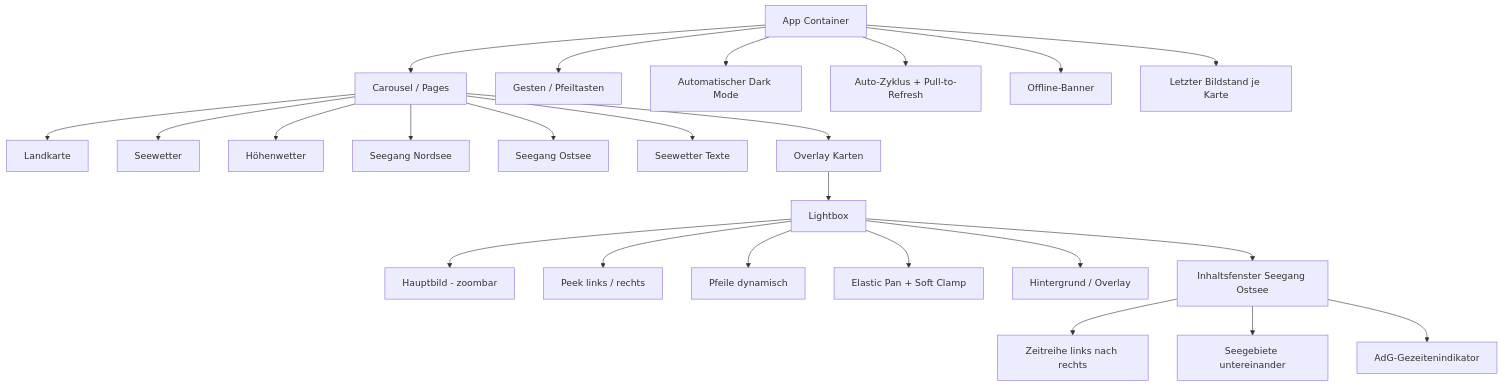
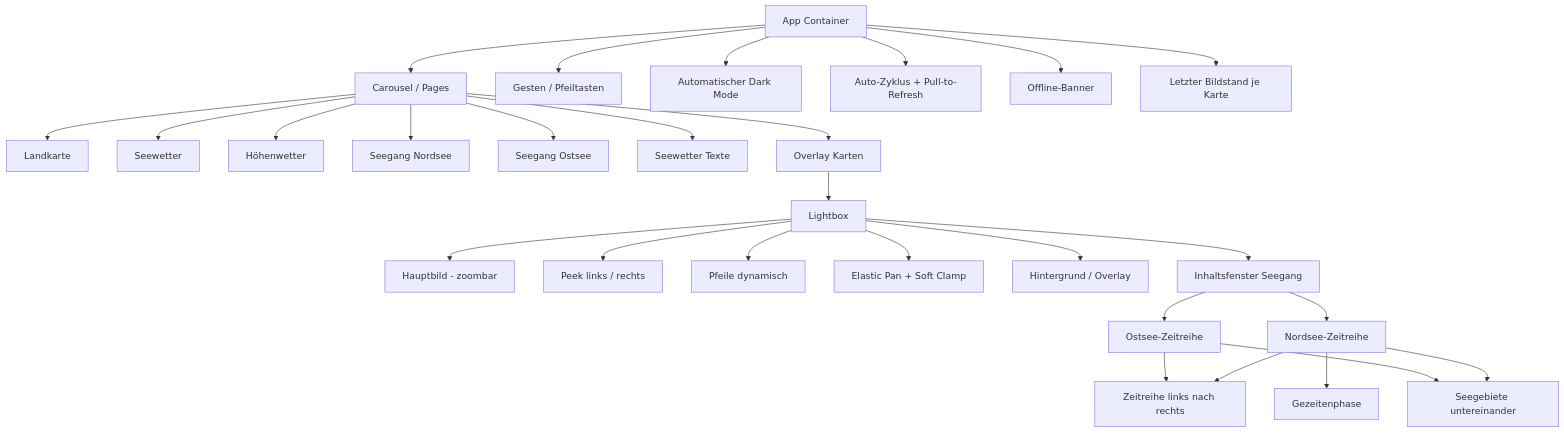
The diagram in docs/UI-Struktur.md (w465jt7pm9-cpu/dwd-dashboard), drawn with Mermaid before and after one commit. The commit also changed other lines of this file and 9 other files, not shown here.

````diff
--- a/docs/UI-Struktur.md
+++ b/docs/UI-Struktur.md
@@ -16,26 +16,30 @@
 ```mermaid
 flowchart TD
   App[App Container] --> Pages[Carousel / Pages]
   Pages --> Land[Landkarte]
   Pages --> See[Seewetter]
   Pages --> Hoehenwetter[Höhenwetter]
   Pages --> Nordsee[Seegang Nordsee]
   Pages --> Ostsee[Seegang Ostsee]
   Pages --> Texte[Seewetter Texte]
   Pages --> Cards[Overlay Karten]
   Cards --> Lightbox[Lightbox]
   Lightbox --> Image[Hauptbild - zoombar]
   Lightbox --> Peek[Peek links / rechts]
   Lightbox --> Arrows[Pfeile dynamisch]
   Lightbox --> Elastic[Elastic Pan + Soft Clamp]
   Lightbox --> Overlay[Hintergrund / Overlay]
-  Lightbox --> OstseeWindow[Inhaltsfenster Seegang Ostsee]
-  OstseeWindow --> Meteogram[Zeitreihe links nach rechts]
-  OstseeWindow --> Areas[Seegebiete untereinander]
-  OstseeWindow --> Tide[AdG-Gezeitenindikator]
+  Lightbox --> SeaWindow[Inhaltsfenster Seegang]
+  SeaWindow --> NordseeWindow[Nordsee-Zeitreihe]
+  SeaWindow --> OstseeWindow[Ostsee-Zeitreihe]
+  NordseeWindow --> Meteogram[Zeitreihe links nach rechts]
+  NordseeWindow --> Areas[Seegebiete untereinander]
+  NordseeWindow --> Tide[Gezeitenphase]
+  OstseeWindow --> Meteogram
+  OstseeWindow --> Areas
   App --> Gestures[Gesten / Pfeiltasten]
   App --> Theme[Automatischer Dark Mode]
   App --> Refresh[Auto-Zyklus + Pull-to-Refresh]
   App --> OfflineBanner[Offline-Banner]
   App --> Persistence[Letzter Bildstand je Karte]
 ```
````
